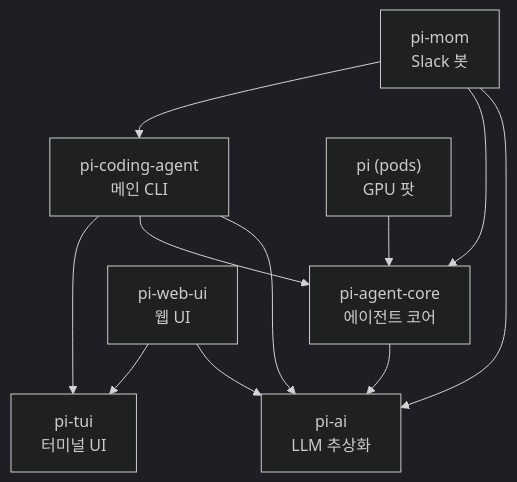
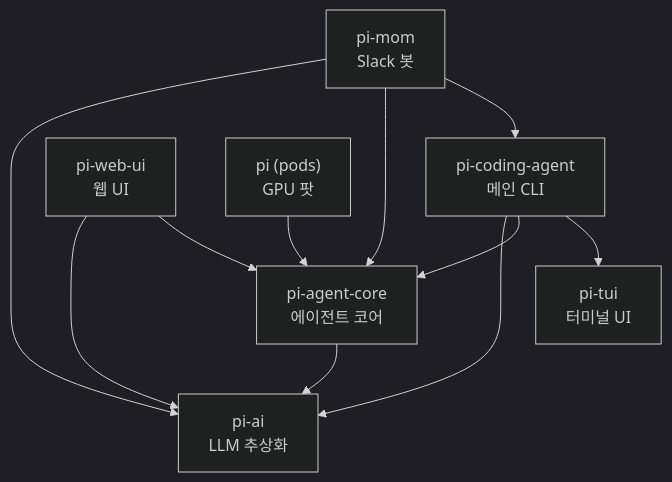
One commit to seongchan-hwang/pi-mono changed the first of 7 diagrams in pi-research.md. Above: the diagram before and after it, drawn with Mermaid (dark theme). The commit also changed other lines of this file, not shown here.

````diff
--- a/pi-research.md
+++ b/pi-research.md
@@ -123,21 +129,21 @@
 ```mermaid
 graph TD
     AI["pi-ai<br/>LLM 추상화"]
     AGENT["pi-agent-core<br/>에이전트 코어"]
     TUI["pi-tui<br/>터미널 UI"]
     CODING["pi-coding-agent<br/>메인 CLI"]
     MOM["pi-mom<br/>Slack 봇"]
     WEBUI["pi-web-ui<br/>웹 UI"]
     PODS["pi (pods)<br/>GPU 팟"]
 
     AGENT --> AI
     CODING --> AI
     CODING --> AGENT
     CODING --> TUI
     MOM --> AI
     MOM --> AGENT
     MOM --> CODING
     WEBUI --> AI
-    WEBUI --> TUI
+    WEBUI --> AGENT
     PODS --> AGENT
 ```
````
